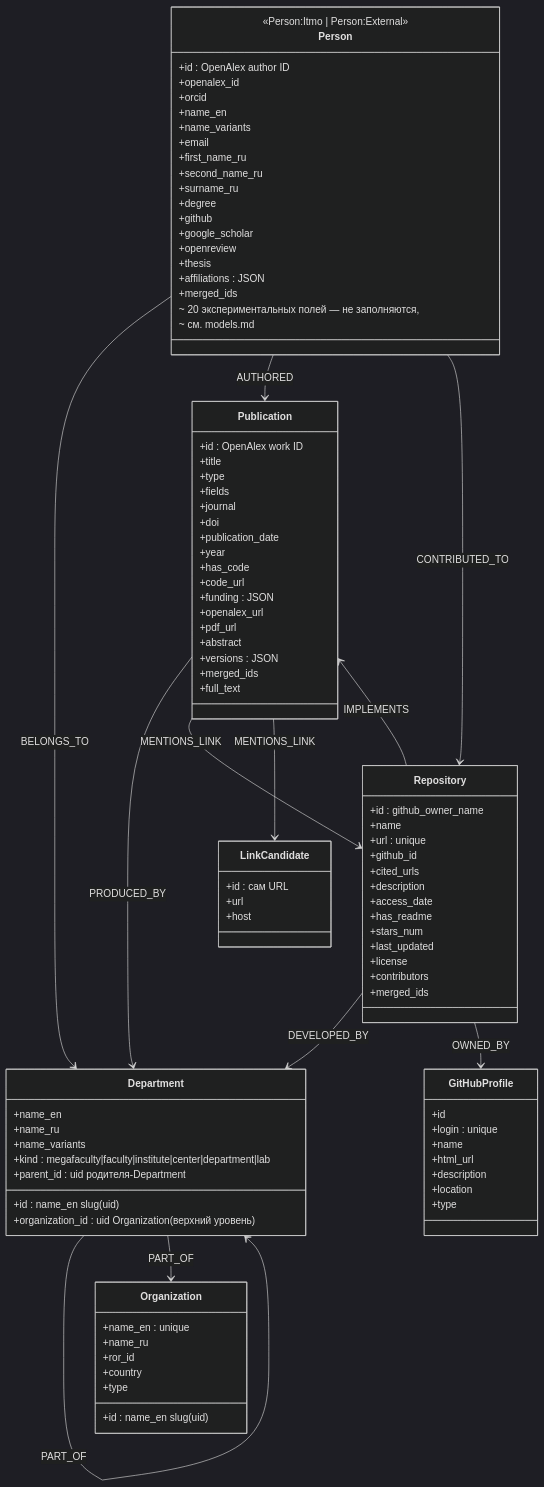
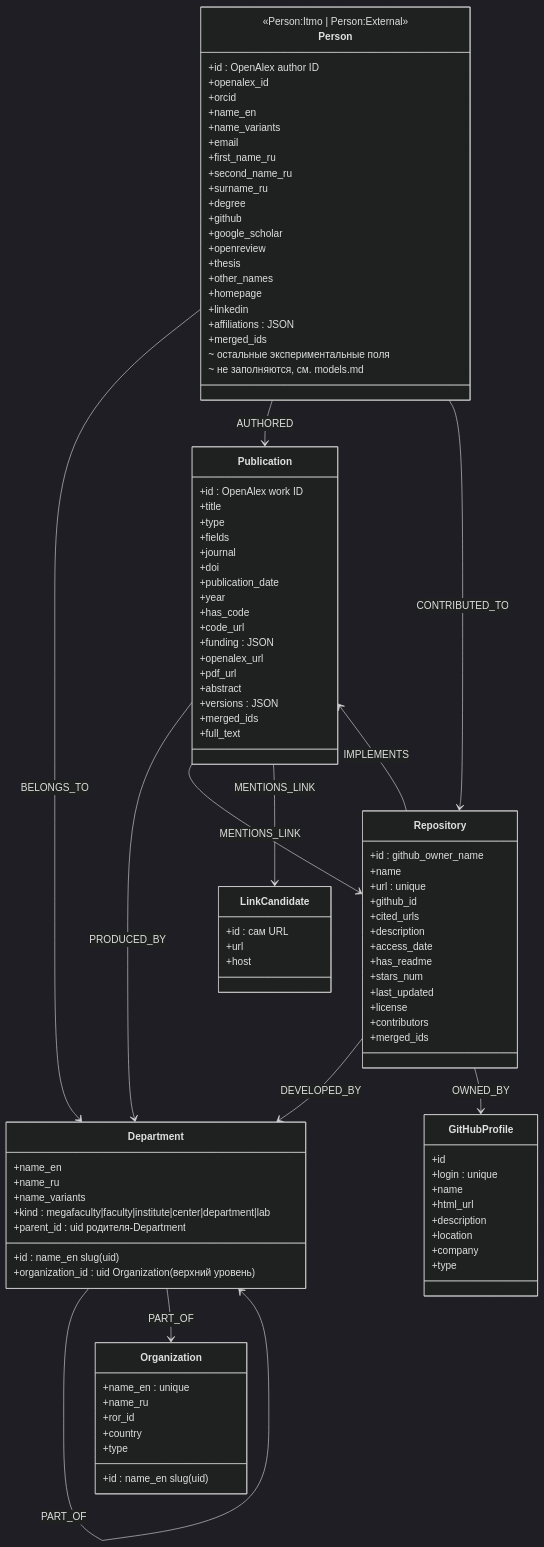
The diagram in docs/diagrams/neo4j-schema.md (ITMO-NSS-team/PAUK), drawn with Mermaid (dark theme) before and after one commit. The commit also changed other lines of this file and 29 other files, not shown here.

```diff
--- a/docs/diagrams/neo4j-schema.md
+++ b/docs/diagrams/neo4j-schema.md
@@ -18,10 +18,13 @@
         +google_scholar
         +openreview
         +thesis
+        +other_names
+        +homepage
+        +linkedin
         +affiliations : JSON
         +merged_ids
-        ~ 20 экспериментальных полей — не заполняются,
-        ~ см. models.md
+        ~ остальные экспериментальные поля
+        ~ не заполняются, см. models.md
     }
 
     class Organization {
@@ -86,6 +89,7 @@
         +html_url
         +description
         +location
+        +company
         +type
     }
 
```
